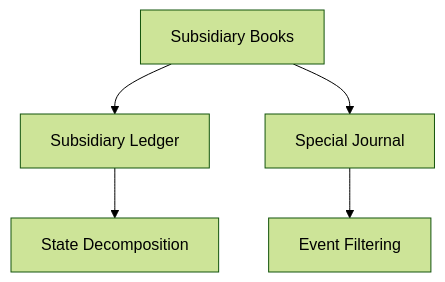
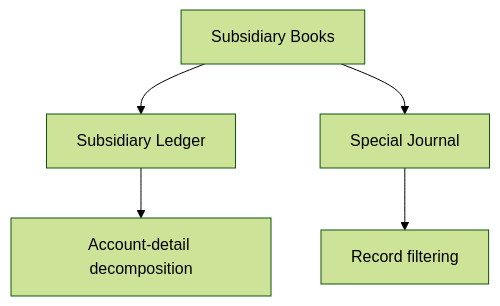
One commit to niikei/accounting-state-model changed the fifth of 7 diagrams in theory/08-aggregation.md. Above: the diagram before and after it, drawn with Mermaid (forest theme). The commit also changed other lines of this file and 2 other files, not shown here.

````diff
--- a/theory/08-aggregation.md
+++ b/theory/08-aggregation.md
@@ -113,11 +999,13 @@
 ```mermaid
 flowchart TD
     BOOKS["Subsidiary Books"]
+
     SL["Subsidiary Ledger"]
     SJ["Special Journal"]
-    SD["State Decomposition"]
-    EF["Event Filtering"]
 
-    BOOKS --> SL --> SD
-    BOOKS --> SJ --> EF
+    DECOMP["Account-detail decomposition"]
+    FILTER["Record filtering"]
+
+    BOOKS --> SL --> DECOMP
+    BOOKS --> SJ --> FILTER
 ```
````
